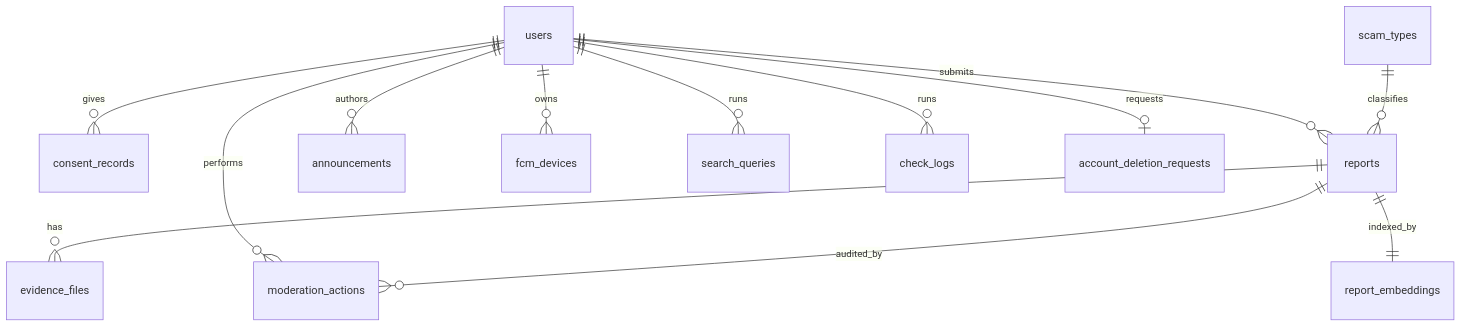
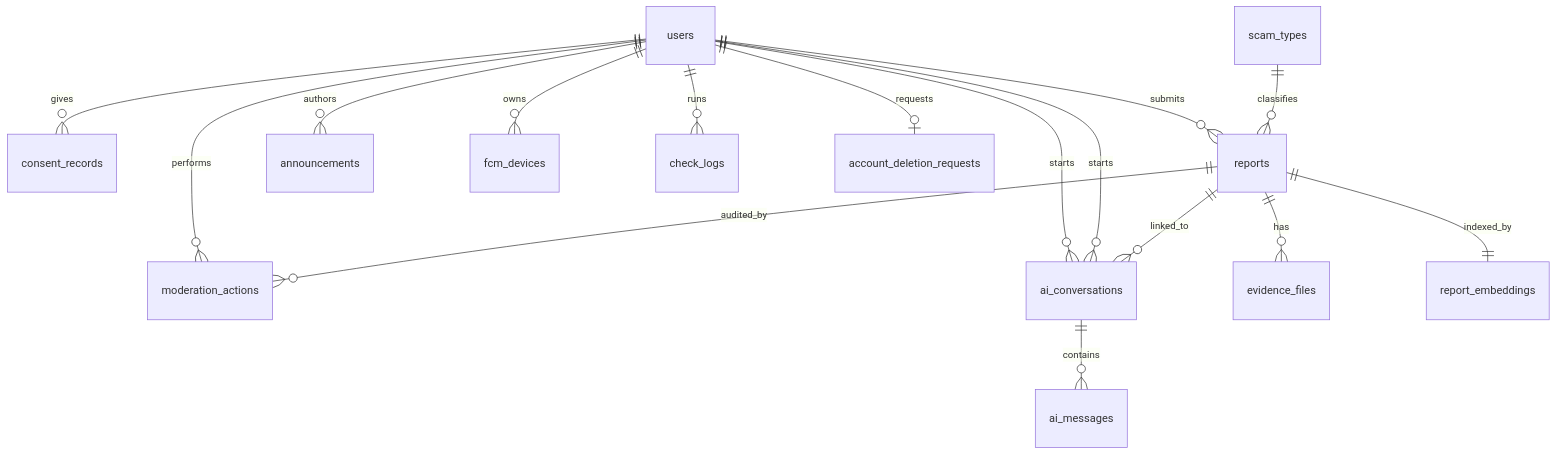
One commit to CSC234-UserCenteredMobileApp/ScamReport changed the diagram in DATABASE_DESIGN.md. Above: the diagram before and after it, drawn with Mermaid. The commit also changed other lines of this file and 17 other files, not shown here.

First line of the commit message:
feat: Ask AI schema + stale AI Search reference cleanup

````diff
--- a/DATABASE_DESIGN.md
+++ b/DATABASE_DESIGN.md
@@ -60,16 +73,19 @@
 ```mermaid
 erDiagram
     users ||--o{ consent_records : gives
     users ||--o{ reports : submits
     users ||--o{ moderation_actions : performs
     users ||--o{ announcements : authors
     users ||--o{ fcm_devices : owns
-    users ||--o{ search_queries : runs
+    users ||--o{ ai_conversations : starts
     users ||--o{ check_logs : runs
     users ||--o| account_deletion_requests : requests
 
     scam_types ||--o{ reports : classifies
     reports ||--o{ evidence_files : has
     reports ||--o{ moderation_actions : audited_by
     reports ||--|| report_embeddings : indexed_by
+    ai_conversations ||--o{ ai_messages : contains
+    users ||--o{ ai_conversations : starts
+    reports ||--o{ ai_conversations : linked_to
 ```
````
